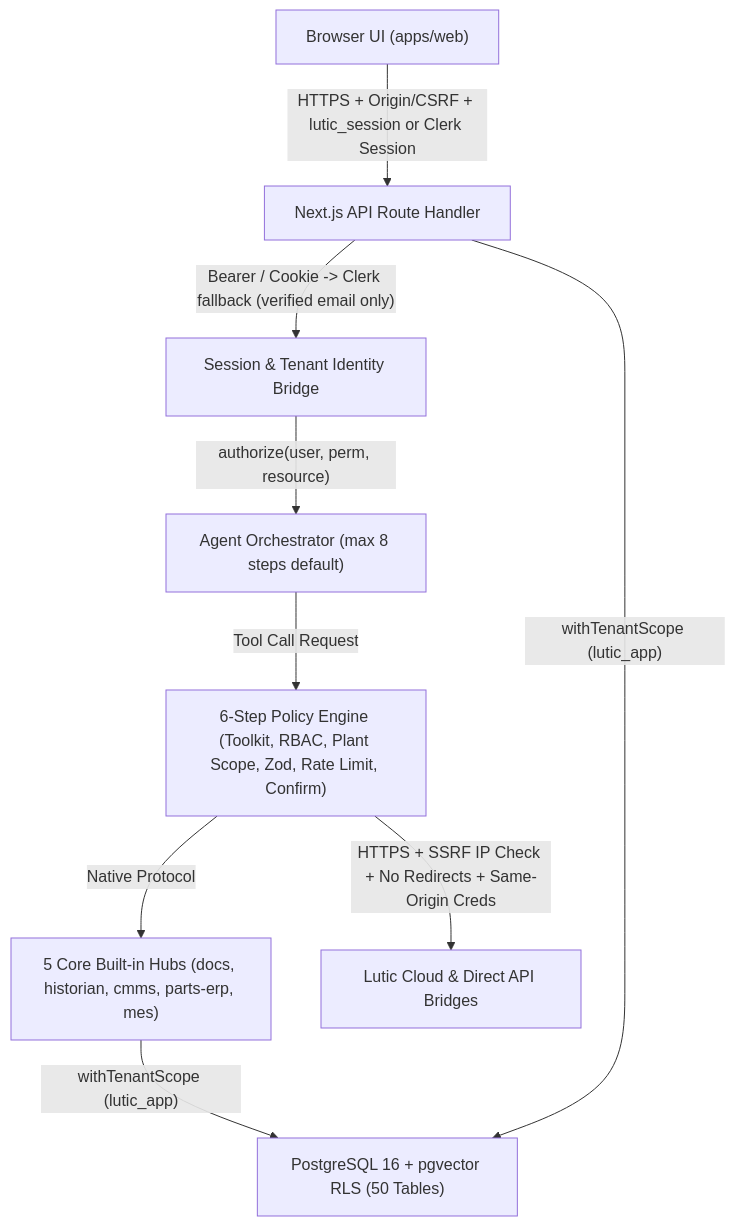
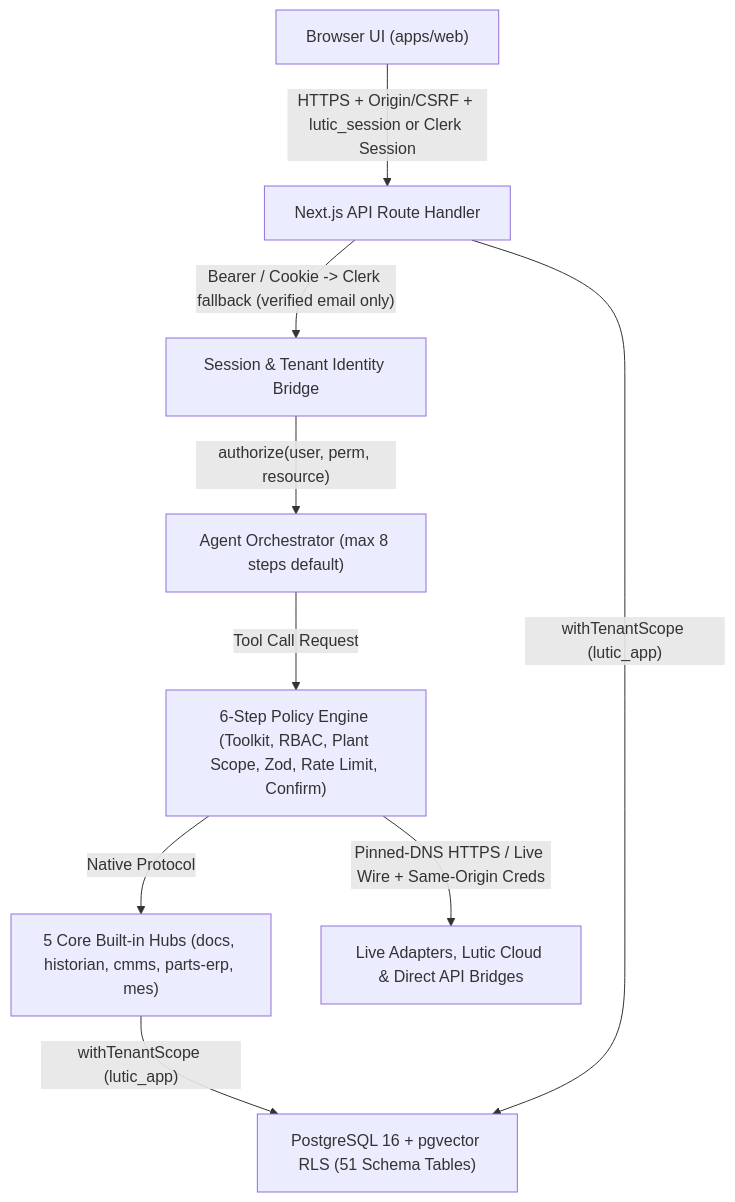
Before and after one commit to AyanShah17/Lutic: the diagram in SECURITY.md, drawn with Mermaid. The commit also changed other lines of this file and 28 other files, not shown here.

````diff
--- a/SECURITY.md
+++ b/SECURITY.md
@@ -7,11 +7,11 @@
 ```mermaid
 flowchart TD
   Browser["Browser UI (apps/web)"] -->|"HTTPS + Origin/CSRF + lutic_session or Clerk Session"| API["Next.js API Route Handler"]
   API -->|"Bearer / Cookie -> Clerk fallback (verified email only)"| Auth["Session & Tenant Identity Bridge"]
   Auth -->|"authorize(user, perm, resource)"| Orch["Agent Orchestrator (max 8 steps default)"]
   Orch -->|"Tool Call Request"| Policy["6-Step Policy Engine (Toolkit, RBAC, Plant Scope, Zod, Rate Limit, Confirm)"]
   Policy -->|"Native Protocol"| LocalMCP["5 Core Built-in Hubs (docs, historian, cmms, parts-erp, mes)"]
-  Policy -->|"HTTPS + SSRF IP Check + No Redirects + Same-Origin Creds"| Ext["Lutic Cloud & Direct API Bridges"]
-  LocalMCP -->|"withTenantScope (lutic_app)"| DB["PostgreSQL 16 + pgvector RLS (50 Tables)"]
+  Policy -->|"Pinned-DNS HTTPS / Live Wire + Same-Origin Creds"| Ext["Live Adapters, Lutic Cloud & Direct API Bridges"]
+  LocalMCP -->|"withTenantScope (lutic_app)"| DB["PostgreSQL 16 + pgvector RLS (51 Schema Tables)"]
   API -->|"withTenantScope (lutic_app)"| DB
 ```
````
